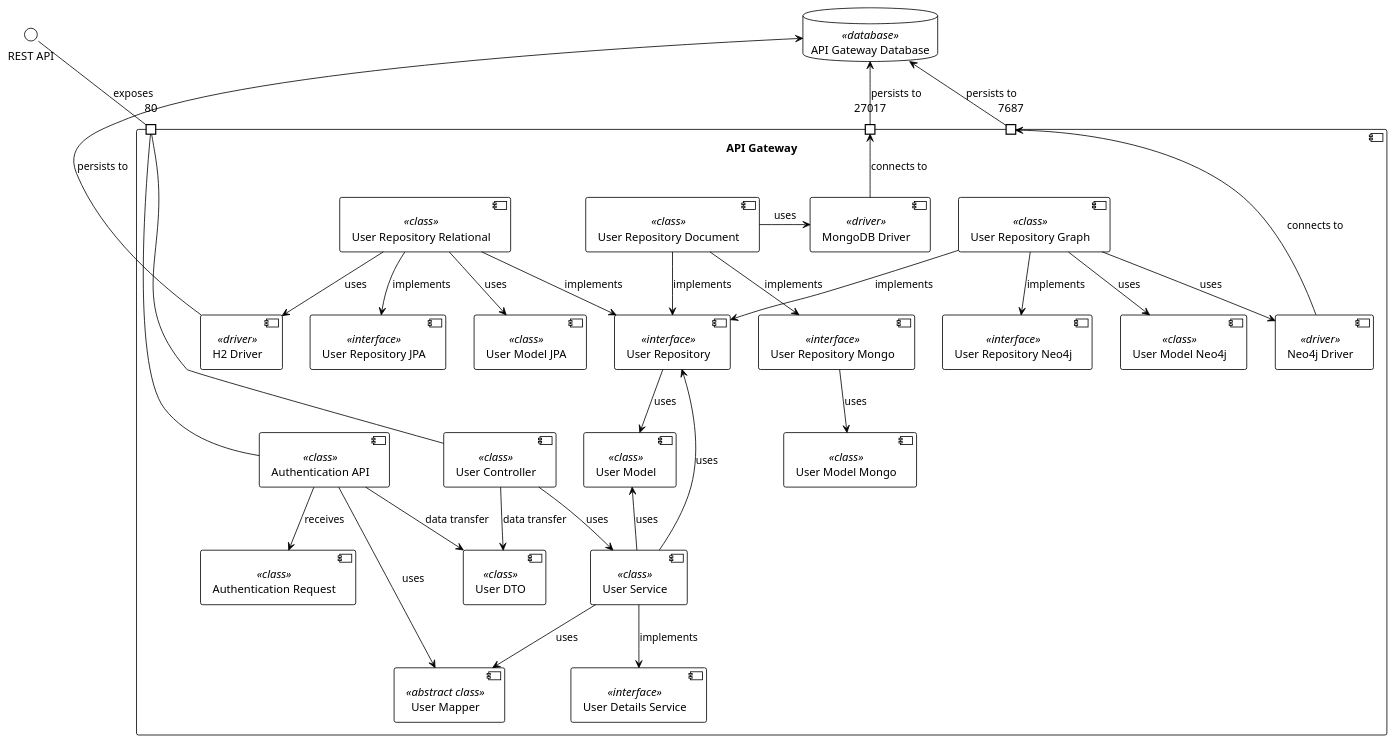
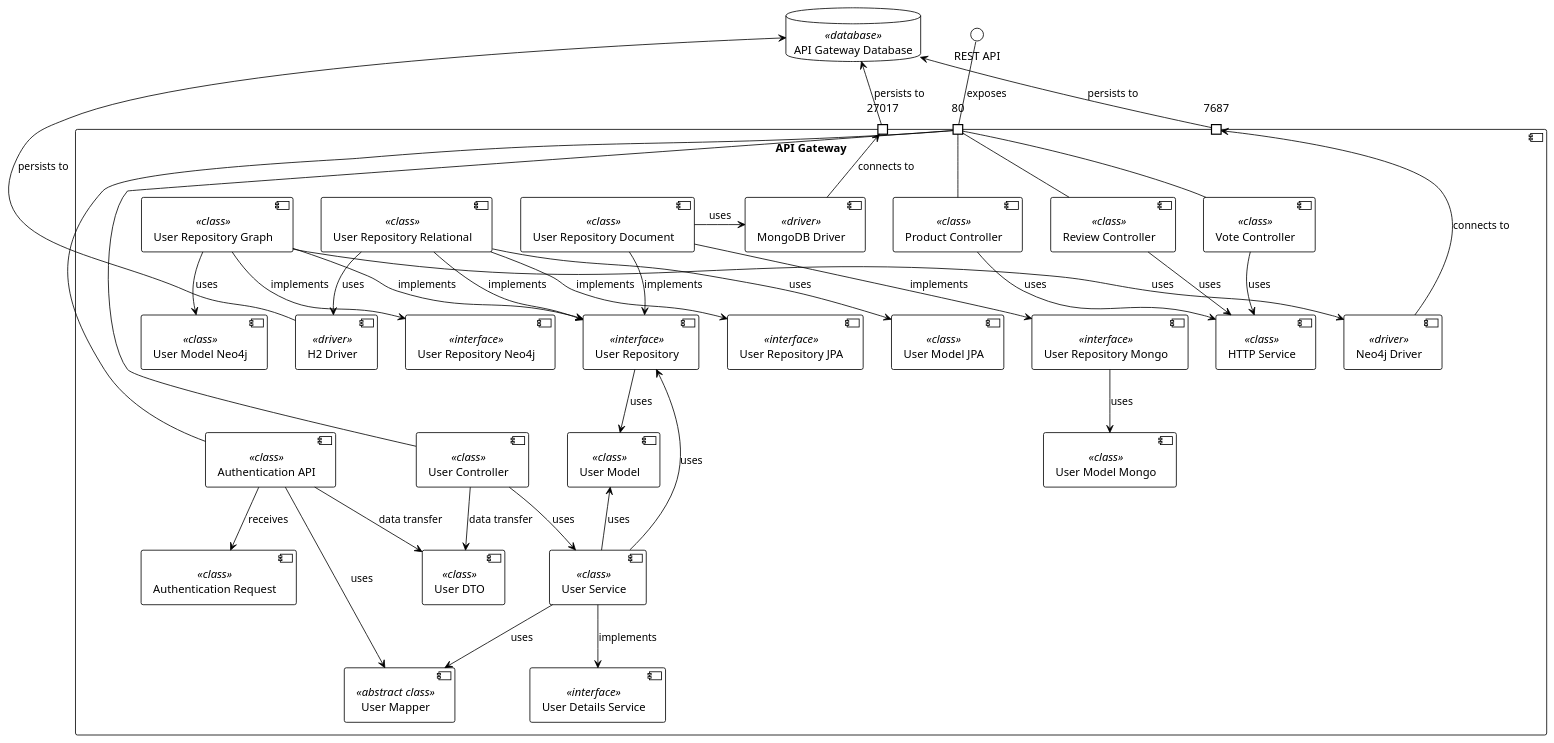
Before and after one commit to stepazel/ProductReviewApp: the diagram in Docs/Diagrams_P2/level3-component_diagram-api-gateway.puml, drawn with PlantUML. The commit also changed 36 other files, not shown here.

Commit message:
Added report.md and generated images for every diagram

```diff
--- a/Docs/Diagrams_P2/level3-component_diagram-api-gateway.puml
+++ b/Docs/Diagrams_P2/level3-component_diagram-api-gateway.puml
@@ -1,79 +1,90 @@
 @startuml
 !theme plain
 
 component "API Gateway" as ApiGatewayService {
     Port "80" as port80
     component "Authentication API" as AuthApi <<class>>
     component "Authentication Request" as AuthReq <<class>>
     component "User Controller" as UserControl <<class>>
+    component "Product Controller" as ProductControl <<class>>
+    component "Review Controller" as ReviewControl <<class>>
+    component "Vote Controller" as VoteControl <<class>>
     component "User Mapper" as UserMapper <<abstract class>>
     component "User Details Service" as UserSvc <<interface>>
+    component "HTTP Service" as HTTPSvc <<class>>
     component "User Service" as UserSvcImpl <<class>>
     component "User DTO" as UserDTO <<class>>
     component "User Model" as UserModel <<class>>
     component "User Model Mongo" as UserModelDoc <<class>>
     component "User Model JPA" as UserModelRel <<class>>
     component "User Model Neo4j" as UserModelGraph <<class>>
     component "User Repository" as UserRepo <<interface>>
     component "User Repository Document" as UserRepoDoc <<class>>
     component "User Repository Mongo" as UserRepoMongo <<interface>>
     component "User Repository Relational" as UserRepoRel <<class>>
     component "User Repository JPA" as UserRepoSQL <<interface>>
     component "User Repository Graph" as UserRepoGraph <<class>>
     component "User Repository Neo4j" as UserRepoNeo4j <<interface>>
     component "MongoDB Driver" as MongoDriver <<driver>>
     component "Neo4j Driver" as Neo4jDriver <<driver>>
     component "H2 Driver" as H2Driver <<driver>>
     Port "27017" as portMongo
     Port "7687" as portNeo4j
 }
 
 database "API Gateway Database" as ApiDB <<database>>
 
 port80 -up- "REST API" : exposes
+ProductControl -up- port80
+ReviewControl -up- port80
+VoteControl -up- port80
 
 UserControl -up- port80
 
 AuthApi -up- port80
 
 UserSvcImpl -down-> UserSvc : implements
 UserSvcImpl -down-> UserMapper : uses
+
+ProductControl -down-> HTTPSvc : uses
+ReviewControl -down-> HTTPSvc : uses
+VoteControl -down-> HTTPSvc : uses
 
 UserControl -down-> UserSvcImpl : uses
 UserControl -down-> UserDTO : data transfer
 
 AuthApi -down-> UserMapper : uses
 AuthApi -down-> UserDTO : data transfer
 
 AuthApi -down-> AuthReq : receives
 
 UserSvcImpl -down-> UserRepo : uses
 
 UserModel <-down- UserSvcImpl : uses
 
 UserRepo -down-> UserModel : uses
 UserRepoMongo -down-> UserModelDoc : uses
 UserRepoRel -down-> UserModelRel : uses
 UserRepoGraph -down-> UserModelGraph : uses
 
 UserRepoDoc -right-> MongoDriver : uses
 UserRepoRel -down-> H2Driver : uses
 UserRepoGraph -down-> Neo4jDriver : uses
 
 UserRepoDoc -down-> UserRepoMongo : implements
 UserRepoRel -down-> UserRepoSQL : implements
 UserRepoGraph -down-> UserRepoNeo4j : implements
 
 UserRepoDoc -down-> UserRepo : implements
 UserRepoRel -down-> UserRepo : implements
 UserRepoGraph -down-> UserRepo : implements
 
 H2Driver -down-> ApiDB : persists to
 
 MongoDriver -up-> portMongo : connects to
 Neo4jDriver -up-> portNeo4j : connects to
 
 portMongo -up-> ApiDB : persists to
 portNeo4j -up-> ApiDB : persists to
 
 @enduml
```
